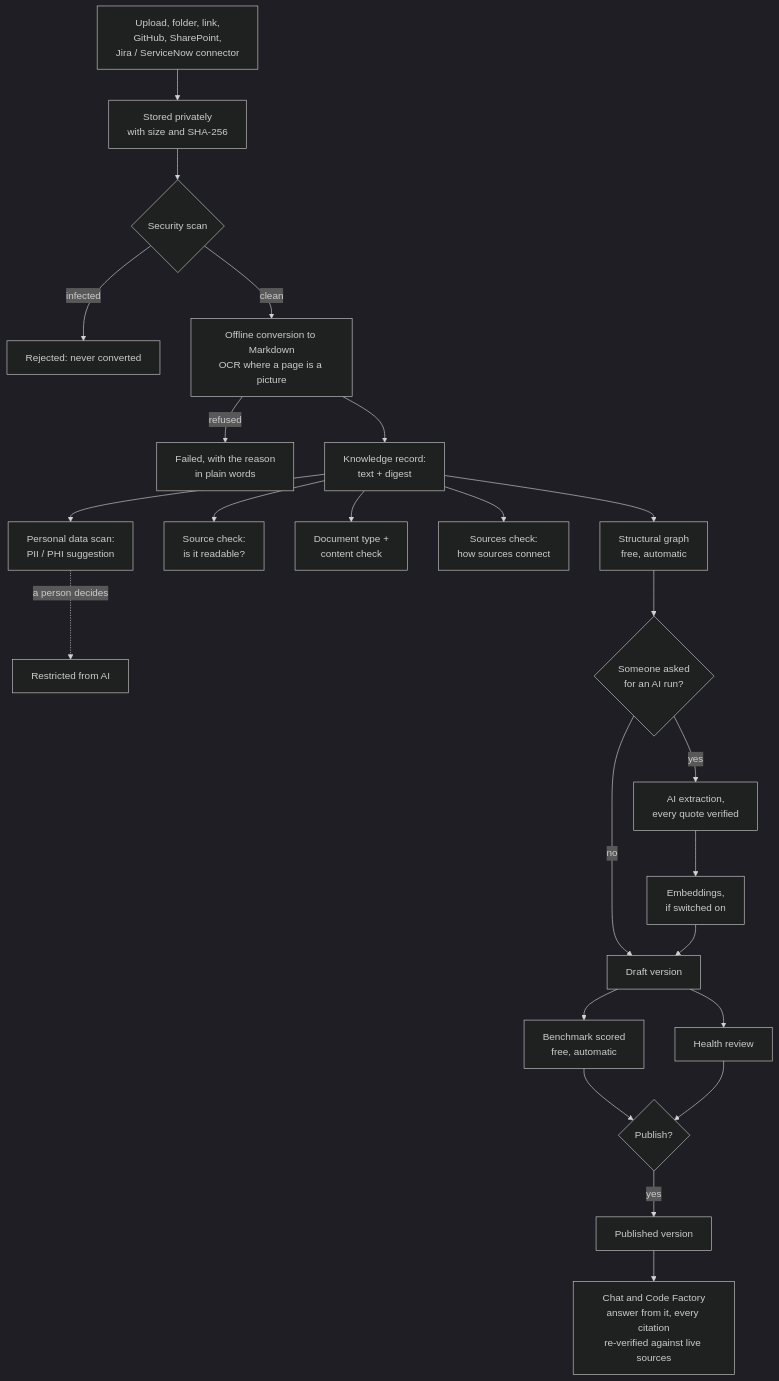
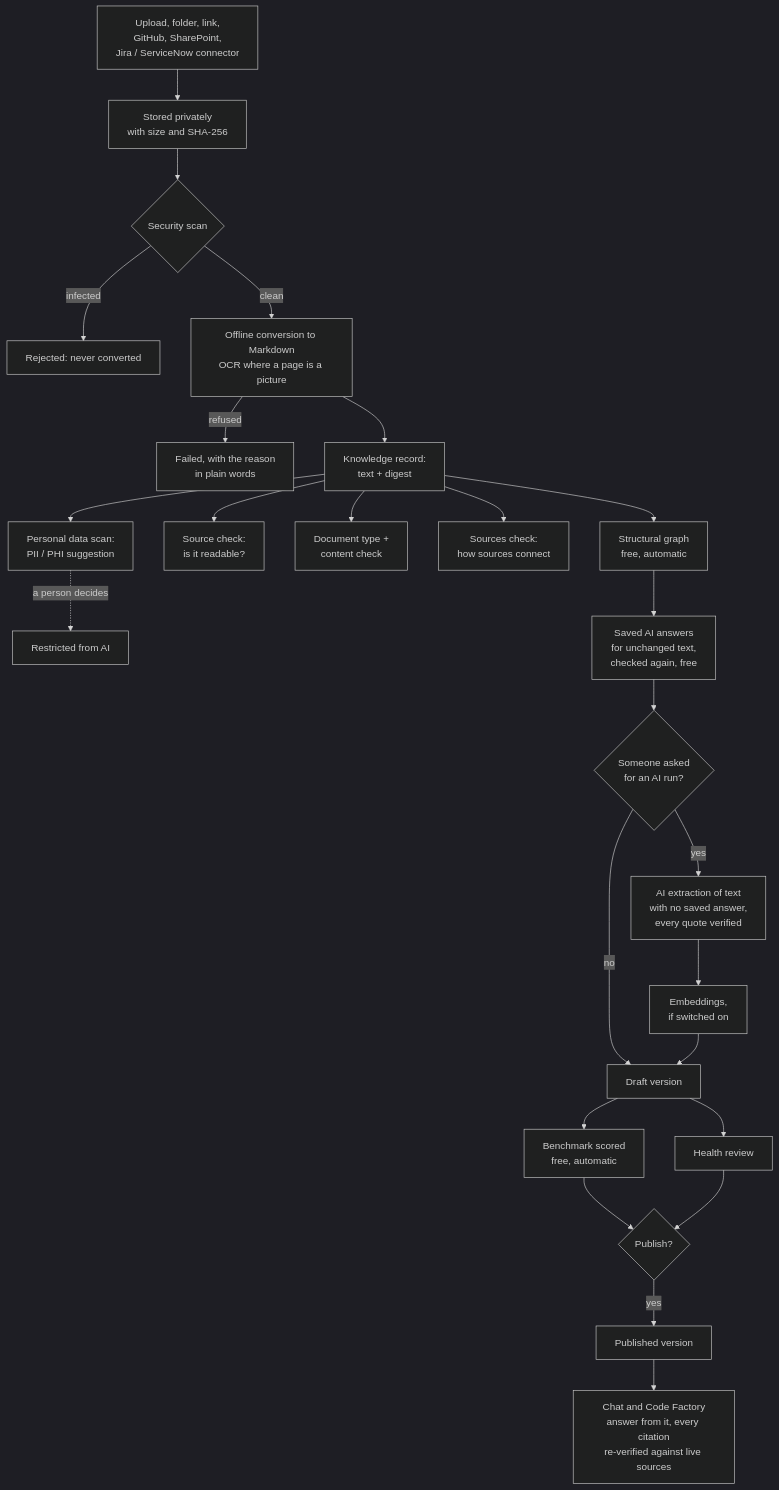
One commit to ajitk15/digitalbrain changed the diagram in docs/graph-generation-end-to-end.md. Above: the diagram before and after it, drawn with Mermaid (dark theme). The commit also changed other lines of this file and 2 other files, not shown here.

First line of the commit message:
docs: graph generation matches cached extraction; add workflow diagram

````diff
--- a/docs/graph-generation-end-to-end.md
+++ b/docs/graph-generation-end-to-end.md
@@ -49,24 +49,25 @@
 ```mermaid
 flowchart TD
     A[Upload, folder, link,<br/>GitHub, SharePoint,<br/>Jira / ServiceNow connector] --> B[Stored privately<br/>with size and SHA-256]
     B --> C{Security scan}
     C -- infected --> X[Rejected: never converted]
     C -- clean --> D[Offline conversion to Markdown<br/>OCR where a page is a picture]
     D -- refused --> F[Failed, with the reason<br/>in plain words]
     D --> E[Knowledge record:<br/>text + digest]
     E --> P[Personal data scan:<br/>PII / PHI suggestion]
     E --> Q[Source check:<br/>is it readable?]
     E --> T[Document type +<br/>content check]
     P -. a person decides .-> R[Restricted from AI]
     E --> S[Sources check:<br/>how sources connect]
     E --> G[Structural graph<br/>free, automatic]
-    G --> H{Someone asked<br/>for an AI run?}
+    G --> C2[Saved AI answers<br/>for unchanged text,<br/>checked again, free]
+    C2 --> H{Someone asked<br/>for an AI run?}
     H -- no --> V[Draft version]
-    H -- yes --> I[AI extraction,<br/>every quote verified] --> J[Embeddings,<br/>if switched on] --> V
+    H -- yes --> I[AI extraction of text<br/>with no saved answer,<br/>every quote verified] --> J[Embeddings,<br/>if switched on] --> V
     V --> K[Benchmark scored<br/>free, automatic]
     V --> L[Health review]
     K --> M{Publish?}
     L --> M
     M -- yes --> N[Published version]
     N --> O[Chat and Code Factory<br/>answer from it, every citation<br/>re-verified against live sources]
 ```
````
